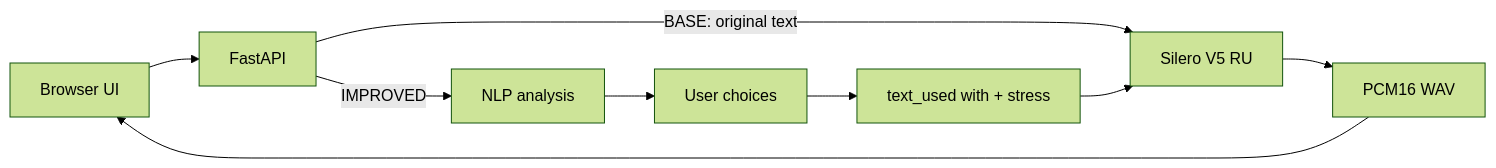
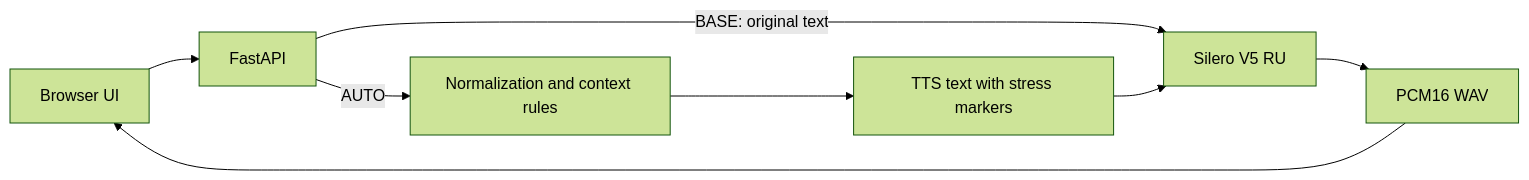
One commit to serj33/madrigal-case6 changed the diagram in README.md. Above: the diagram before and after it, drawn with Mermaid (forest theme). The commit also changed other lines of this file, not shown here.

Commit message:
Document BASE and AUTO-only product behavior

````diff
--- a/README.md
+++ b/README.md
@@ -17,11 +12,10 @@
 ```mermaid
 flowchart LR
   UI[Browser UI] --> API[FastAPI]
   API -->|BASE: original text| TTS[Silero V5 RU]
-  API -->|IMPROVED| NLP[NLP analysis]
-  NLP --> Choices[User choices]
-  Choices --> Prepared[text_used with + stress]
+  API -->|AUTO| NLP[Normalization and context rules]
+  NLP --> Prepared[TTS text with stress markers]
   Prepared --> TTS
   TTS --> WAV[PCM16 WAV]
   WAV --> UI
 ```
````
